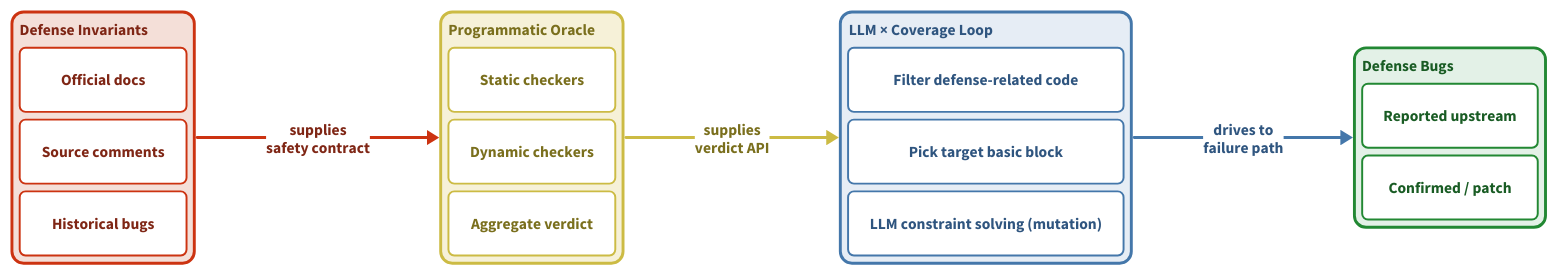
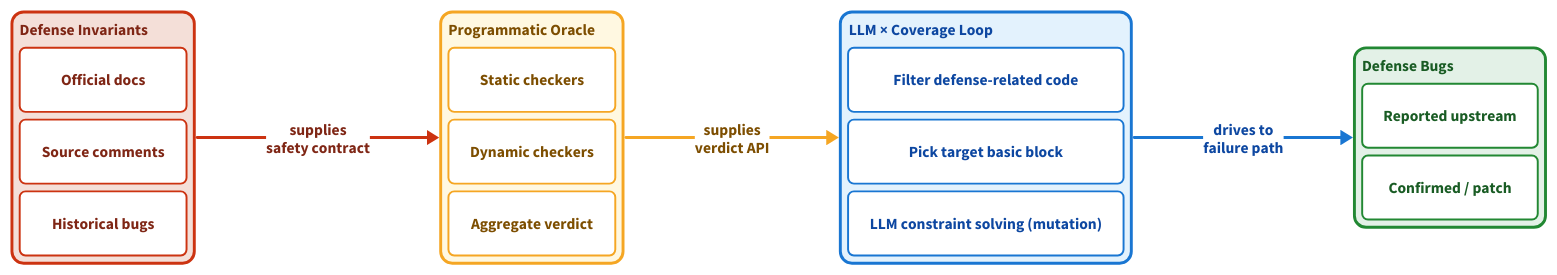
One commit to zjy-dev/de-fuzz changed the diagram in docs/开题报告/assets/ch3-objective/pipeline.en.d2. Above: the diagram before and after it, drawn with D2. The commit also changed 43 other files, not shown here.

```diff
--- a/docs/开题报告/assets/ch3-objective/pipeline.en.d2
+++ b/docs/开题报告/assets/ch3-objective/pipeline.en.d2
@@ -1,103 +1,103 @@
 # Figure 3 — research content dependency chain (English)
 # render: d2 --layout=dagre --pad=24 pipeline.en.d2 pipeline.en.svg
 
 direction: right
 
 step1: "" {
   grid-rows: 4
   grid-gap: 8
   style: {
     fill: "#F4DFD8"; stroke: "#CC3311"; stroke-width: 3
     border-radius: 12
   }
 
   title: "Defense Invariants" {
     shape: text
     style: { font-color: "#7F2615"; bold: true }
   }
   s1: "Official docs" {
     style: { fill: white; stroke: "#CC3311"; stroke-width: 2; font-color: "#7F2615"; border-radius: 6 }
   }
   s2: "Source comments" {
     style: { fill: white; stroke: "#CC3311"; stroke-width: 2; font-color: "#7F2615"; border-radius: 6 }
   }
   s3: "Historical bugs" {
     style: { fill: white; stroke: "#CC3311"; stroke-width: 2; font-color: "#7F2615"; border-radius: 6 }
   }
 }
 
 step2: "" {
   grid-rows: 4
   grid-gap: 8
   style: {
-    fill: "#F6F1D8"; stroke: "#CCBB44"; stroke-width: 3
+    fill: "#FFF8E1"; stroke: "#F5A623"; stroke-width: 3
     border-radius: 12
   }
 
   title: "Programmatic Oracle" {
     shape: text
-    style: { font-color: "#7A6F1D"; bold: true }
+    style: { font-color: "#7D4E00"; bold: true }
   }
   s1: "Static checkers" {
-    style: { fill: white; stroke: "#CCBB44"; stroke-width: 2; font-color: "#7A6F1D"; border-radius: 6 }
+    style: { fill: white; stroke: "#F5A623"; stroke-width: 2; font-color: "#7D4E00"; border-radius: 6 }
   }
   s2: "Dynamic checkers" {
-    style: { fill: white; stroke: "#CCBB44"; stroke-width: 2; font-color: "#7A6F1D"; border-radius: 6 }
+    style: { fill: white; stroke: "#F5A623"; stroke-width: 2; font-color: "#7D4E00"; border-radius: 6 }
   }
   s3: "Aggregate verdict" {
-    style: { fill: white; stroke: "#CCBB44"; stroke-width: 2; font-color: "#7A6F1D"; border-radius: 6 }
+    style: { fill: white; stroke: "#F5A623"; stroke-width: 2; font-color: "#7D4E00"; border-radius: 6 }
   }
 }
 
 step3: "" {
   grid-rows: 4
   grid-gap: 8
   style: {
-    fill: "#E6EDF5"; stroke: "#4477AA"; stroke-width: 3
+    fill: "#E3F2FD"; stroke: "#1976D2"; stroke-width: 3
     border-radius: 12
   }
 
   title: "LLM × Coverage Loop" {
     shape: text
-    style: { font-color: "#2F557F"; bold: true }
+    style: { font-color: "#0D47A1"; bold: true }
   }
   s1: "Filter defense-related code" {
-    style: { fill: white; stroke: "#4477AA"; stroke-width: 2; font-color: "#2F557F"; border-radius: 6 }
+    style: { fill: white; stroke: "#1976D2"; stroke-width: 2; font-color: "#0D47A1"; border-radius: 6 }
   }
   s2: "Pick target basic block" {
-    style: { fill: white; stroke: "#4477AA"; stroke-width: 2; font-color: "#2F557F"; border-radius: 6 }
+    style: { fill: white; stroke: "#1976D2"; stroke-width: 2; font-color: "#0D47A1"; border-radius: 6 }
   }
   s3: "LLM constraint solving (mutation)" {
-    style: { fill: white; stroke: "#4477AA"; stroke-width: 2; font-color: "#2F557F"; border-radius: 6 }
+    style: { fill: white; stroke: "#1976D2"; stroke-width: 2; font-color: "#0D47A1"; border-radius: 6 }
   }
 }
 
 step4: "" {
   grid-rows: 3
   grid-gap: 8
   style: {
     fill: "#E3F1E7"; stroke: "#228833"; stroke-width: 3
     border-radius: 12
   }
 
   title: "Defense Bugs" {
     shape: text
     style: { font-color: "#195C24"; bold: true }
   }
   s1: "Reported upstream" {
     style: { fill: white; stroke: "#228833"; stroke-width: 2; font-color: "#195C24"; border-radius: 6 }
   }
   s2: "Confirmed / patch" {
     style: { fill: white; stroke: "#228833"; stroke-width: 2; font-color: "#195C24"; border-radius: 6 }
   }
 }
 
 step1 -> step2: "supplies\nsafety contract" {
   style: { stroke: "#CC3311"; stroke-width: 3; font-color: "#7F2615"; bold: true }
 }
 step2 -> step3: "supplies\nverdict API" {
-  style: { stroke: "#CCBB44"; stroke-width: 3; font-color: "#7A6F1D"; bold: true }
+  style: { stroke: "#F5A623"; stroke-width: 3; font-color: "#7D4E00"; bold: true }
 }
 step3 -> step4: "drives to\nfailure path" {
-  style: { stroke: "#4477AA"; stroke-width: 3; font-color: "#2F557F"; bold: true }
+  style: { stroke: "#1976D2"; stroke-width: 3; font-color: "#0D47A1"; bold: true }
 }
```
